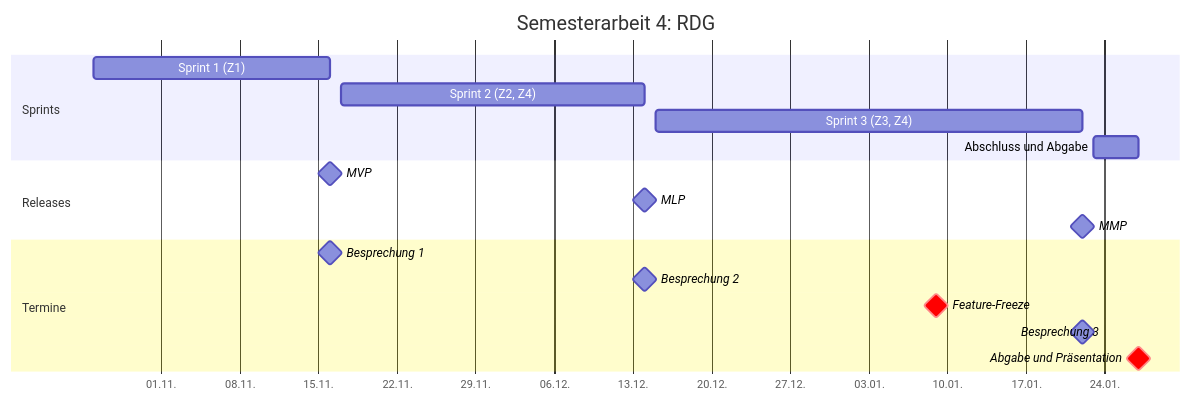
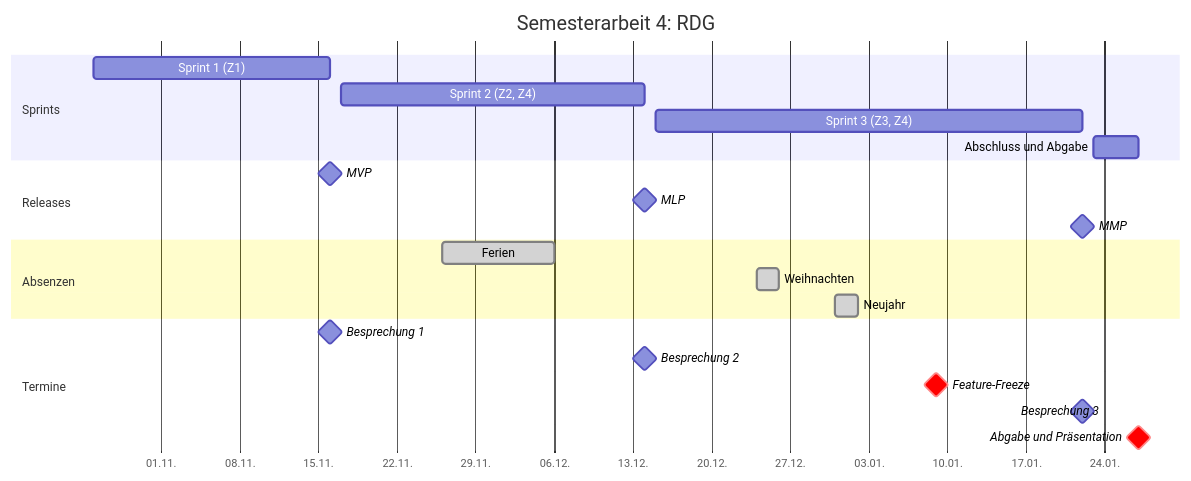
The diagram in docs/projekt/roadmap.md (RuminahuiM/rdg-semesterarbeit), drawn with Mermaid before and after one commit. The commit also changed 7 other files, not shown here.

````diff
--- a/docs/projekt/roadmap.md
+++ b/docs/projekt/roadmap.md
@@ -13,21 +13,25 @@
 ```mermaid
 gantt
     title Semesterarbeit 4: RDG
     dateFormat  YYYY-MM-DD
     axisFormat  %d.%m.
     section Sprints
     Sprint 1 (Z1)                  :s1, 2026-10-26, 2026-11-16
     Sprint 2 (Z2, Z4)              :s2, 2026-11-17, 2026-12-14
     Sprint 3 (Z3, Z4)              :s3, 2026-12-15, 2027-01-22
     Abschluss und Abgabe           :s4, 2027-01-23, 2027-01-27
     section Releases
     MVP                            :milestone, m1, 2026-11-16, 0d
     MLP                            :milestone, m2, 2026-12-14, 0d
     MMP                            :milestone, m3, 2027-01-22, 0d
+    section Absenzen
+    Ferien                         :done, f1, 2026-11-26, 2026-12-06
+    Weihnachten                    :done, f2, 2026-12-24, 2026-12-26
+    Neujahr                        :done, f3, 2026-12-31, 2027-01-02
     section Termine
     Besprechung 1                  :milestone, b1, 2026-11-16, 0d
     Besprechung 2                  :milestone, b2, 2026-12-14, 0d
     Feature-Freeze                 :crit, milestone, ff, 2027-01-09, 0d
     Besprechung 3                  :milestone, b3, 2027-01-22, 0d
     Abgabe und Präsentation        :crit, milestone, ab, 2027-01-27, 0d
 ```
````
